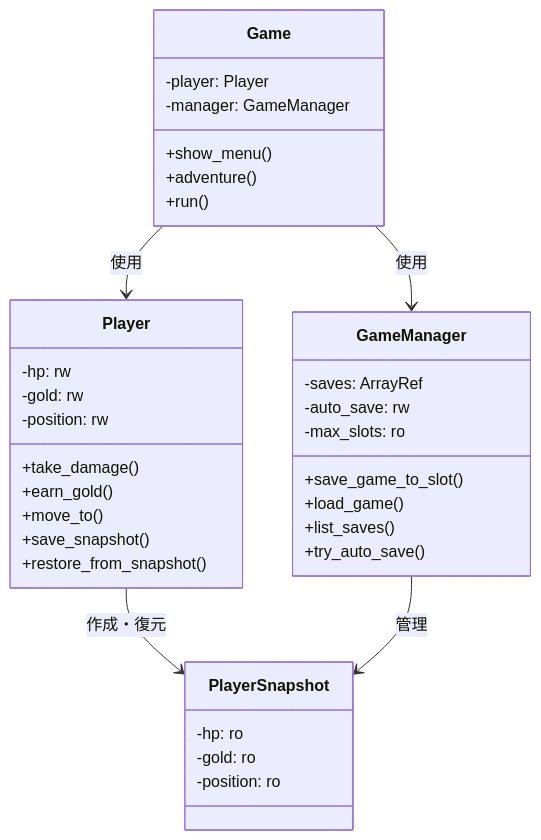
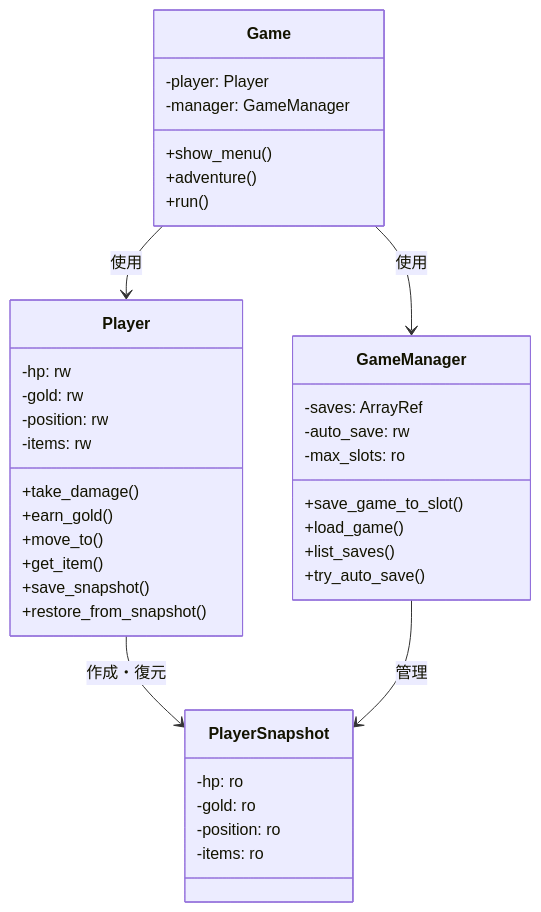
One commit to nqou-net/www.nqou.net changed the third of 3 diagrams in content/post/2026/01/13/233330.md. Above: the diagram before and after it, drawn with Mermaid. The commit also changed other lines of this file, not shown here.

````diff
--- a/content/post/2026/01/13/233330.md
+++ b/content/post/2026/01/13/233330.md
@@ -664,42 +693,45 @@
 ```mermaid
 classDiagram
     class Player {
         -hp: rw
         -gold: rw
         -position: rw
+        -items: rw
         +take_damage()
         +earn_gold()
         +move_to()
+        +get_item()
         +save_snapshot()
         +restore_from_snapshot()
     }
     
     class PlayerSnapshot {
         -hp: ro
         -gold: ro
         -position: ro
+        -items: ro
     }
     
     class GameManager {
         -saves: ArrayRef
         -auto_save: rw
         -max_slots: ro
         +save_game_to_slot()
         +load_game()
         +list_saves()
         +try_auto_save()
     }
     
     class Game {
         -player: Player
         -manager: GameManager
         +show_menu()
         +adventure()
         +run()
     }
     
     Player --> PlayerSnapshot : 作成・復元
     GameManager --> PlayerSnapshot : 管理
     Game --> Player : 使用
     Game --> GameManager : 使用
 ```
````
